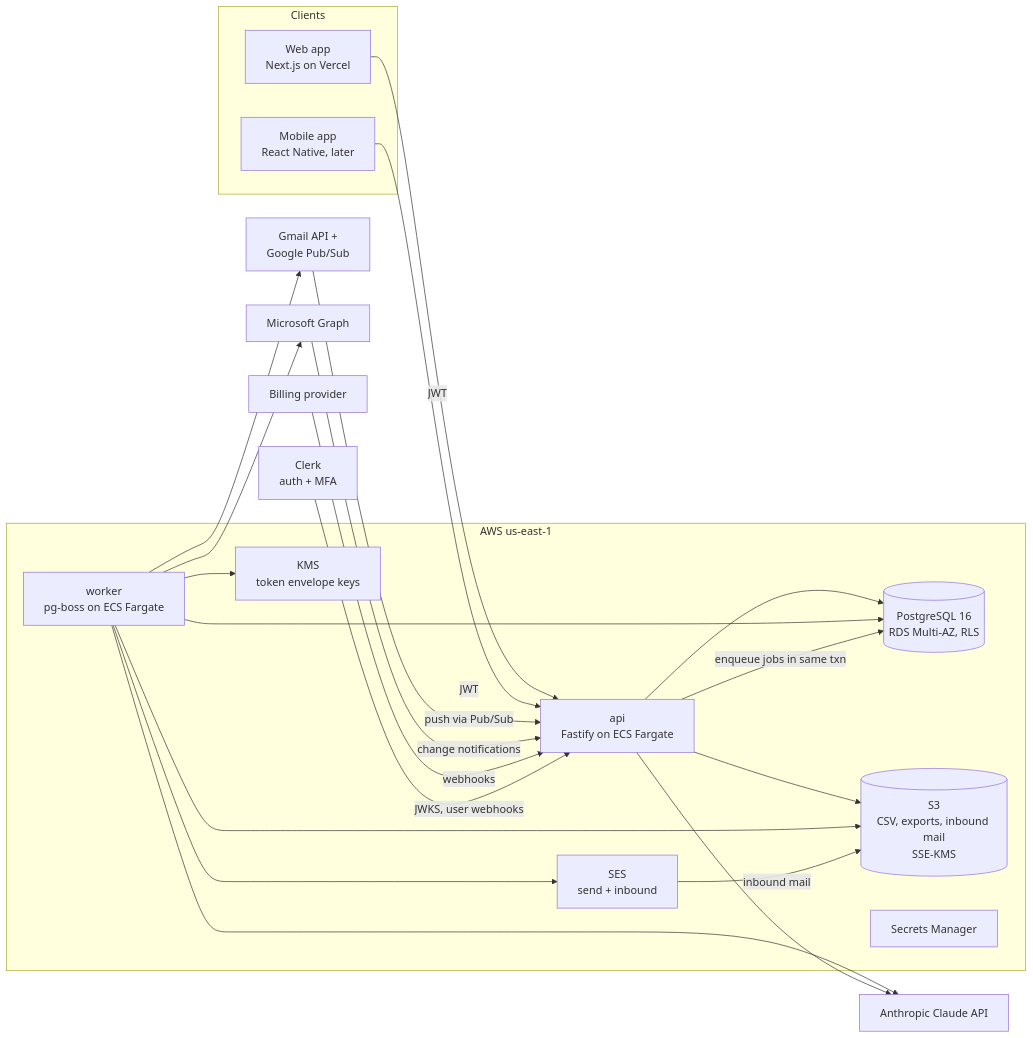
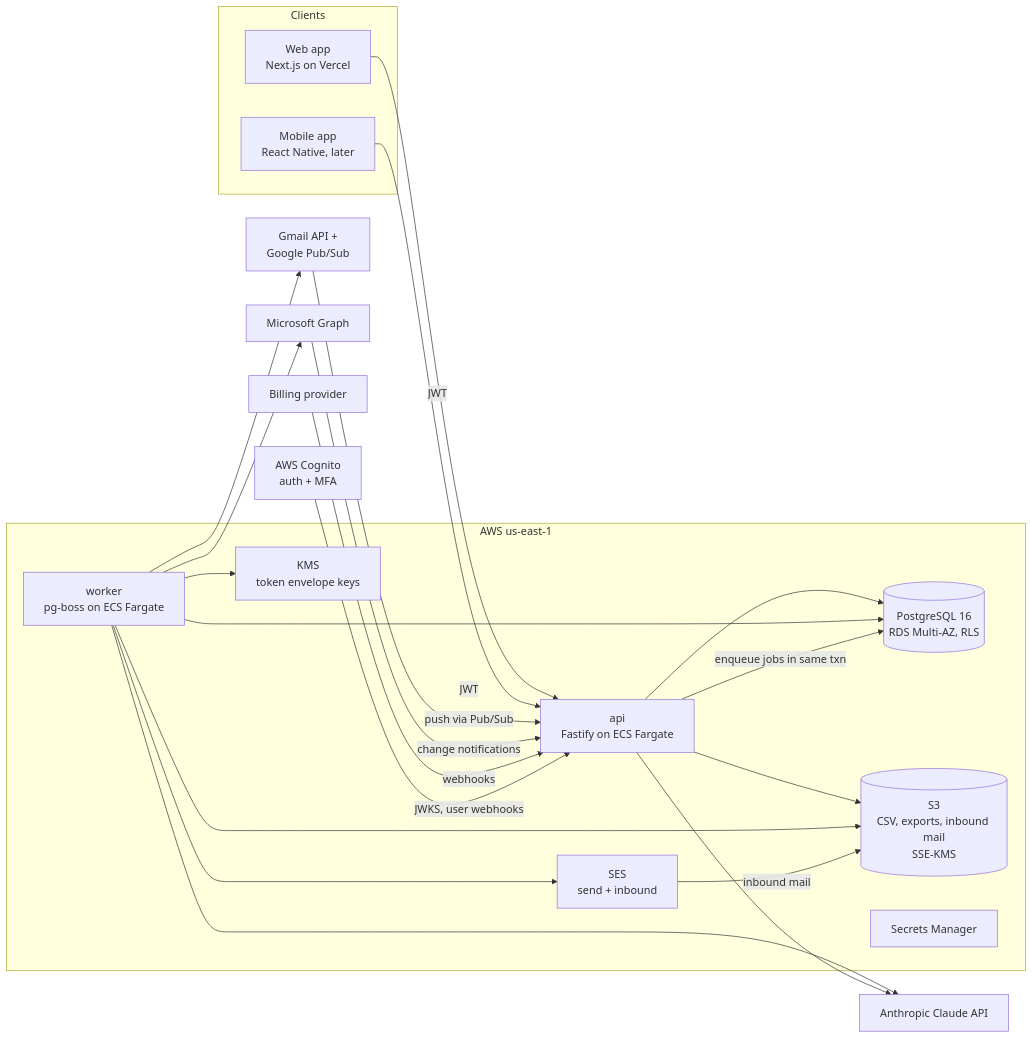
One commit to JaySingh86/MoneyPilotAI changed the diagram in docs/BACKEND_PLAN.md. Above: the diagram before and after it, drawn with Mermaid. The commit also changed other lines of this file and 4 other files, not shown here.

First line of the commit message:
ADR-017: auth on AWS Cognito (owner decision)

````diff
--- a/docs/BACKEND_PLAN.md
+++ b/docs/BACKEND_PLAN.md
@@ -60,40 +60,40 @@
 ```mermaid
 flowchart LR
   subgraph Clients
     W[Web app<br/>Next.js on Vercel]
     M[Mobile app<br/>React Native, later]
   end
   subgraph AWS us-east-1
     API[api<br/>Fastify on ECS Fargate]
     WK[worker<br/>pg-boss on ECS Fargate]
     DB[(PostgreSQL 16<br/>RDS Multi-AZ, RLS)]
     S3[(S3<br/>CSV, exports, inbound mail<br/>SSE-KMS)]
     KMS[KMS<br/>token envelope keys]
     SES[SES<br/>send + inbound]
     SM[Secrets Manager]
   end
-  AUTH[Clerk<br/>auth + MFA]
+  AUTH[AWS Cognito<br/>auth + MFA]
   G[Gmail API +<br/>Google Pub/Sub]
   MS[Microsoft Graph]
   AI[Anthropic Claude API]
   PAY[Billing provider]
 
   W -->|JWT| API
   M -->|JWT| API
   API --> DB
   WK --> DB
   API -->|enqueue jobs in same txn| DB
   API --> S3
   WK --> S3
   WK --> KMS
   WK --> G
   WK --> MS
   WK --> AI
   API --> AI
   WK --> SES
   SES -->|inbound mail| S3
   G -->|push via Pub/Sub| API
   MS -->|change notifications| API
   PAY -->|webhooks| API
   AUTH -->|JWKS, user webhooks| API
 ```
````
